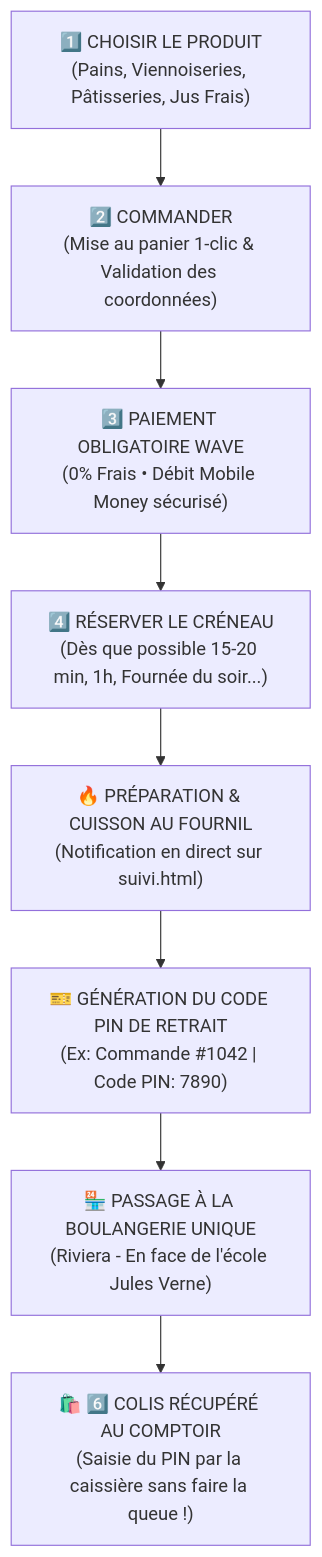
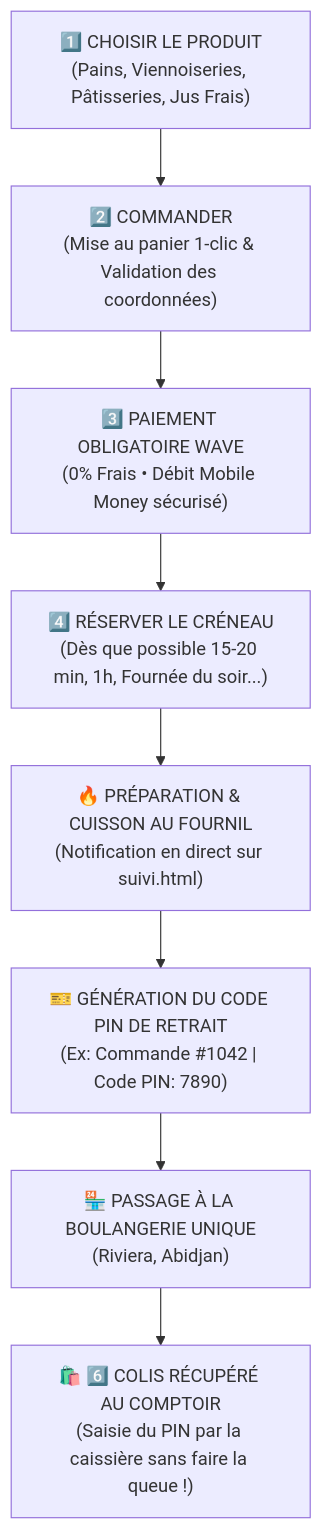
One commit to Christ-Hub-pixel/Boulangerie-de-BABI-main changed the first of 2 diagrams in PARCOURS_UTILISATEURS.md. Above: the diagram before and after it, drawn with Mermaid. The commit also changed other lines of this file and 6 other files, not shown here.

````diff
--- a/PARCOURS_UTILISATEURS.md
+++ b/PARCOURS_UTILISATEURS.md
@@ -13,16 +13,16 @@
 ```mermaid
 flowchart TD
     A["1️⃣ CHOISIR LE PRODUIT\n(Pains, Viennoiseries, Pâtisseries, Jus Frais)"] --> B["2️⃣ COMMANDER\n(Mise au panier 1-clic & Validation des coordonnées)"]
     
     B --> C["3️⃣ PAIEMENT OBLIGATOIRE WAVE\n(0% Frais • Débit Mobile Money sécurisé)"]
     
     C --> D["4️⃣ RÉSERVER LE CRÉNEAU\n(Dès que possible 15-20 min, 1h, Fournée du soir...)"]
     
     D --> E["🔥 PRÉPARATION & CUISSON AU FOURNIL\n(Notification en direct sur suivi.html)"]
     
     E --> F["🎫 GÉNÉRATION DU CODE PIN DE RETRAIT\n(Ex: Commande #1042 | Code PIN: 7890)"]
     
-    F --> G["🏪 PASSAGE À LA BOULANGERIE UNIQUE\n(Riviera - En face de l'école Jules Verne)"]
+    F --> G["🏪 PASSAGE À LA BOULANGERIE UNIQUE\n(Riviera, Abidjan)"]
     
     G --> H["🛍️ 6️⃣ COLIS RÉCUPÉRÉ AU COMPTOIR\n(Saisie du PIN par la caissière sans faire la queue !)"]
 ```
````
